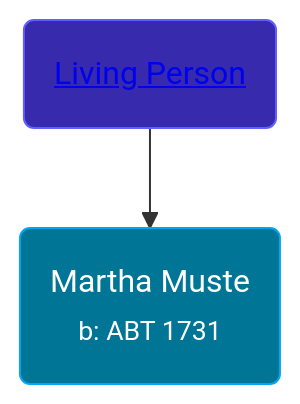
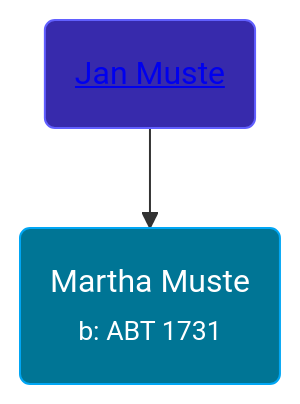
The diagram in pages/people/9/90752360.md (wpmgotkh/wpmgotkh.github.io), drawn with Mermaid before and after one commit. The commit also changed other lines of this file and 586 other files, not shown here.

Commit message:
feat: better shouldConsiderPersonLiving algo

````diff
--- a/pages/people/9/90752360.md
+++ b/pages/people/9/90752360.md
@@ -11,8 +11,8 @@
 ```mermaid
 graph
 classDef grands fill:#193cb8,stroke:#2b7fff,stroke-width:1px,color:#fff;
 classDef parents fill:#372aac,stroke:#615fff,stroke-width:1px,color:#fff;
 classDef primary fill:#007595,stroke:#00a6f4,stroke-width:1px,color:#fff;
 90752360(Martha Muste<br /><small>b: ABT 1731</small>):::primary
-57944097(<a class="text-white" href="/people/5/57944097">Living Person</a>):::parents-->90752360
+57944097(<a class="text-white" href="/people/5/57944097">Jan Muste</a>):::parents-->90752360
 ```
````
